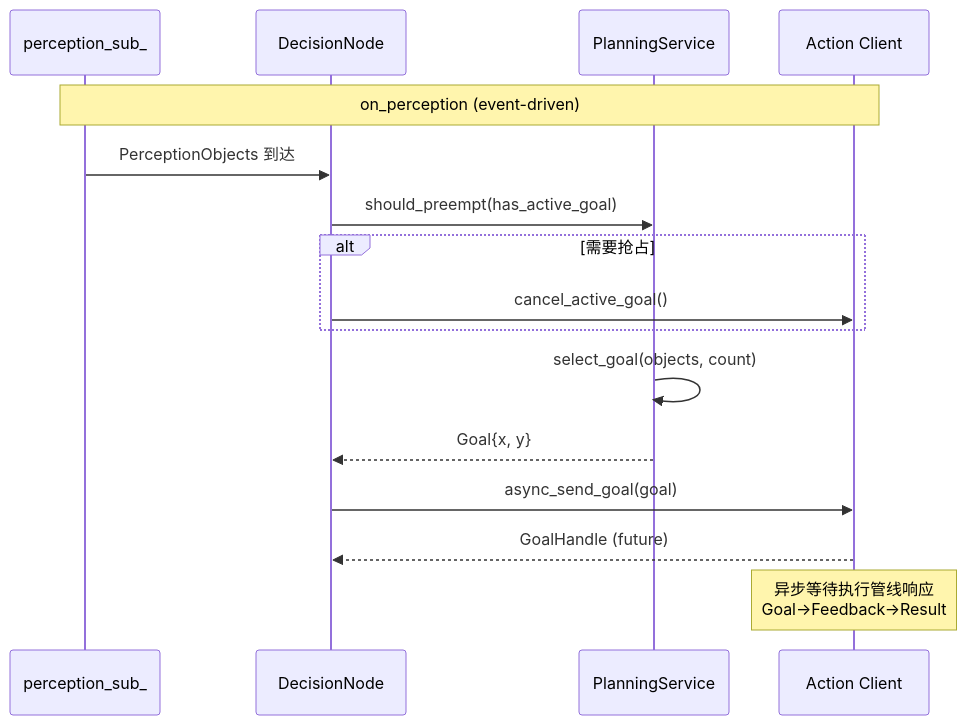
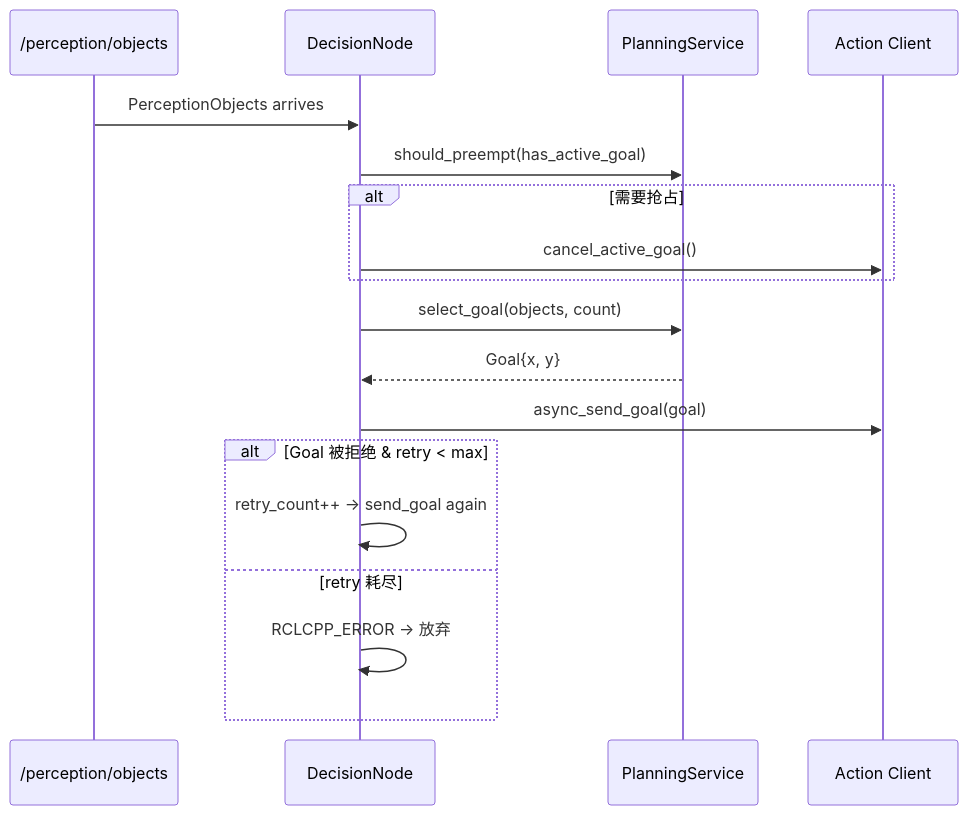
Before and after one commit to guang-lee-cn/ros2_robot_middleware: the third of 3 diagrams in doc/subsystems/decision-pipeline.md, drawn with Mermaid. The commit also changed other lines of this file and 7 other files, not shown here.

````diff
--- a/doc/subsystems/decision-pipeline.md
+++ b/doc/subsystems/decision-pipeline.md
@@ -17,24 +48,25 @@
 ```mermaid
 sequenceDiagram
-    participant DDS as perception_sub_
+    participant DDS as /perception/objects
     participant DN as DecisionNode
     participant PS as PlanningService
     participant ACT as Action Client
 
-    Note over DDS,ACT: on_perception (event-driven)
+    DDS->>DN: PerceptionObjects arrives
+    DN->>PS: should_preempt(has_active_goal)
 
-    DDS->>DN: PerceptionObjects 到达
-    DN->>PS: should_preempt(has_active_goal)
-    
     alt 需要抢占
         DN->>ACT: cancel_active_goal()
     end
 
-    PS->>PS: select_goal(objects, count)
+    DN->>PS: select_goal(objects, count)
     PS-->>DN: Goal{x, y}
 
     DN->>ACT: async_send_goal(goal)
-    ACT-->>DN: GoalHandle (future)
 
-    Note over ACT: 异步等待执行管线响应<br/>Goal→Feedback→Result
+    alt Goal 被拒绝 & retry < max
+        DN->>DN: retry_count++ → send_goal again
+    else retry 耗尽
+        DN->>DN: RCLCPP_ERROR → 放弃
+    end
 ```
````
